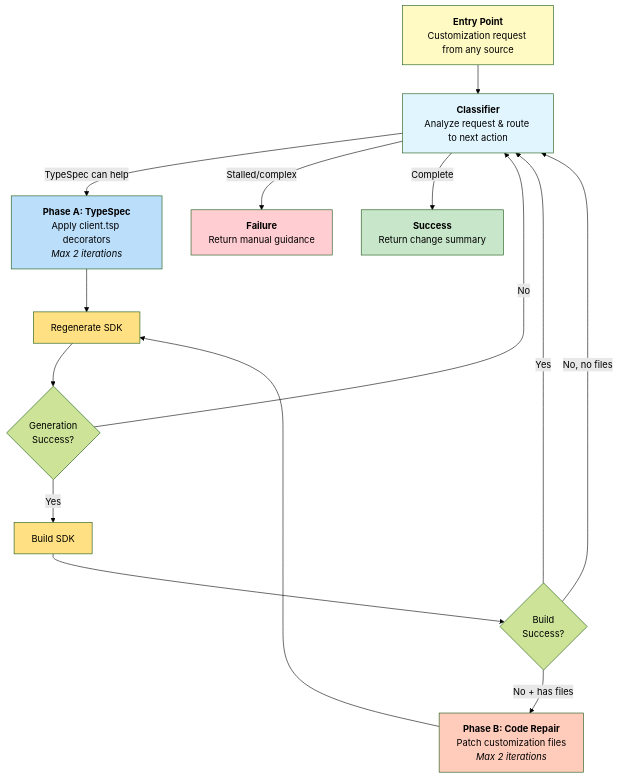
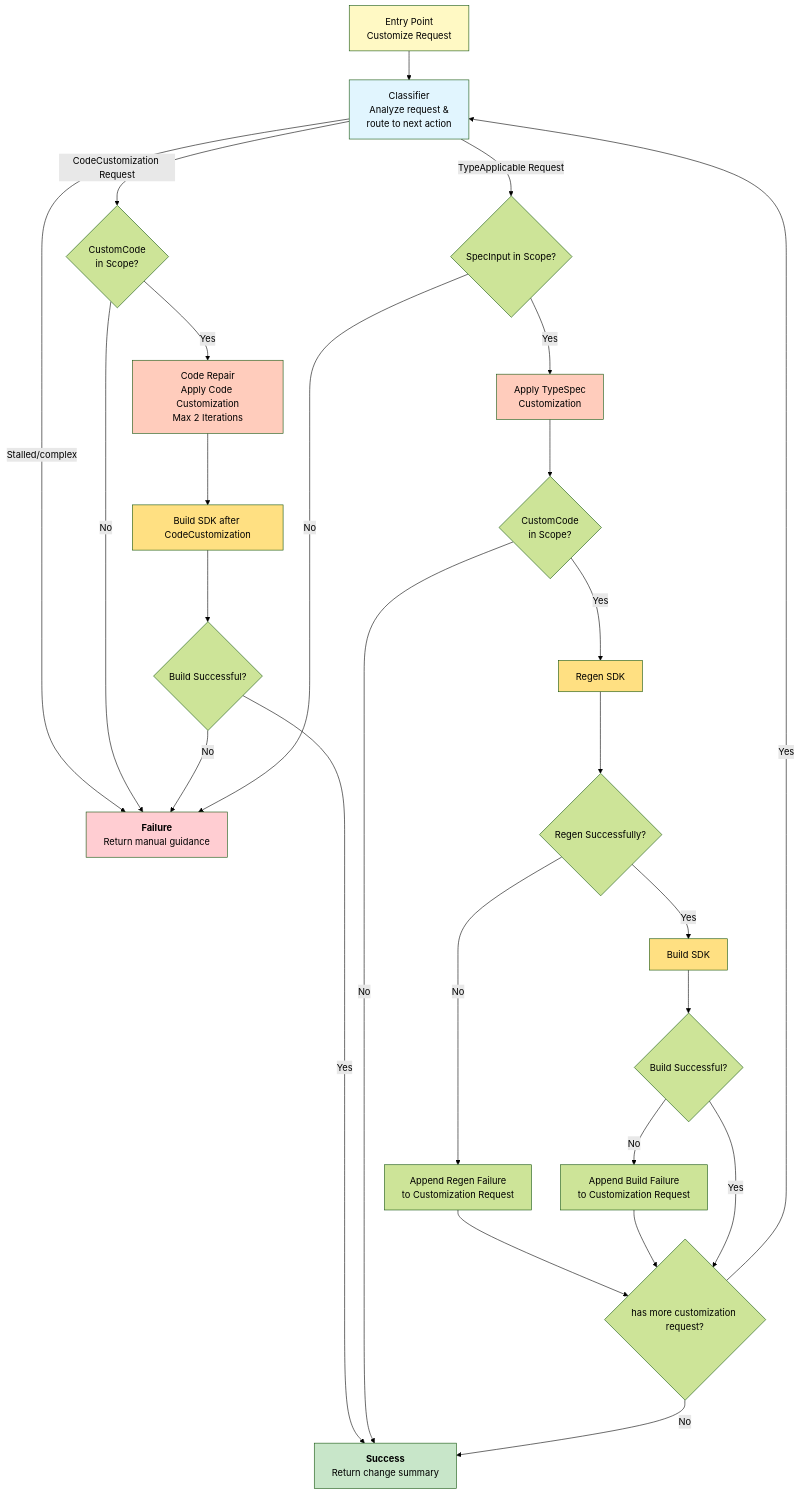
The diagram in tools/azsdk-cli/docs/specs/3-customizing-client-tsp.spec.md (Azure/azure-sdk-tools), drawn with Mermaid (forest theme) before and after one commit. The commit also changed other lines of this file and 5 other files, not shown here.

First line of the commit message:
[azsdk-cli] scope the customization tool (#16779)

````diff
--- a/tools/azsdk-cli/docs/specs/3-customizing-client-tsp.spec.md
+++ b/tools/azsdk-cli/docs/specs/3-customizing-client-tsp.spec.md
@@ -177,35 +190,48 @@
 ```mermaid
 flowchart TD
-    Entry[<b>Entry Point</b><br/>Customization request from any source]
-    Entry --> Classify
 
-    Classify[<b>Classifier</b><br/>Analyze request & route to next action<br/>]
-    Classify -->|TypeSpec can help| PhaseA
-    Classify -->|Stalled/complex| Failure
-    Classify -->|Complete| Success
+Entry["Entry Point<br/>Customize Request"] --> Classify["Classifier<br/>Analyze request &<br/>route to next action"]
 
-    PhaseA[<b>Phase A: TypeSpec</b><br/>Apply client.tsp decorators<br/><i>Max 2 iterations</i>]
-    PhaseA --> Regen[Regenerate SDK]
+Classify -- Stalled/complex --> Failure
+Classify -- TypeApplicable Request --> SpecInputInScope{SpecInput in Scope?}
+Classify -- CodeCustomization Request --> CustomCodeInScope
+CustomCodeInScope --Yes --> CodeCustomization["Code Repair<br/>Apply Code Customization</br>Max 2 Iterations"]
+CustomCodeInScope --No --> Failure
 
-    Regen --> RegenOK{Generation<br/>Success?}
-    RegenOK -->|No| Classify
-    RegenOK -->|Yes| Build[Build SDK]
+CodeCustomization --> BuildAfterCodeCustomization[Build SDK after CodeCustomization]
+BuildAfterCodeCustomization --> BuildAfterCodeCustomizationOK{Build Successful?}
+BuildAfterCodeCustomizationOK -- No --> Failure
+BuildAfterCodeCustomizationOK -- Yes --> Success
+SpecInputInScope -- No --> Failure
+SpecInputInScope -- Yes --> ApplyTypespecCustomization["Apply TypeSpec<br/>Customization"]
+ApplyTypespecCustomization --> CustomCodeInScopeForSpec
+CustomCodeInScopeForSpec -- No --> Success
+CustomCodeInScopeForSpec -- Yes --> Regen[Regen SDK]
+Regen --> RegenOK{Regen Successfully?}
+RegenOK -- Yes --> Build[Build SDK]
+RegenOK -- No --> AppendRegenFailure["Append Regen Failure<br/>to Customization Request"]
+AppendRegenFailure --> M{has more customization request?}
+Build --> BuildOK{Build Successful?}
+BuildOK -- No --> AppendBuildFailure["Append Build Failure<br/>to Customization Request"]
+AppendBuildFailure --> M
+BuildOK -- Yes --> M
+M -- No --> Success
+M -- Yes --> Classify
 
-    Build --> BuildOK{Build<br/>Success?}
-    BuildOK -->|Yes| Classify
-    BuildOK -->|No + has files| PhaseB[<b>Phase B: Code Repair</b><br/>Patch customization files<br/><i>Max 2 iterations</i>]
-    BuildOK -->|No, no files| Classify
-    PhaseB --> Regen
 
-    Success[<b>Success</b><br/>Return change summary]
-    Failure[<b>Failure</b><br/>Return manual guidance]
+Success[<b>Success</b><br/>Return change summary]
+Failure[<b>Failure</b><br/>Return manual guidance]
+CustomCodeInScope{CustomCode<br/>in Scope?}
+CustomCodeInScopeForSpec{CustomCode<br/>in Scope?}
 
-    style Entry fill:#fff9c4
-    style Classify fill:#e1f5fe
-    style PhaseA fill:#bbdefb
-    style PhaseB fill:#ffccbc
-    style Success fill:#c8e6c9
-    style Failure fill:#ffcdd2
-    style Regen fill:#ffe082
-    style Build fill:#ffe082
+style Entry fill:#fff9c4
+style Classify fill:#e1f5fe
+style Success fill:#c8e6c9
+style Failure fill:#ffcdd2
+style CodeCustomization fill:#ffccbc
+style ApplyTypespecCustomization fill:#ffccbc
+style Regen fill:#ffe082
+style Build fill:#ffe082
+style BuildAfterCodeCustomization fill:#ffe082
+
 ```
````
